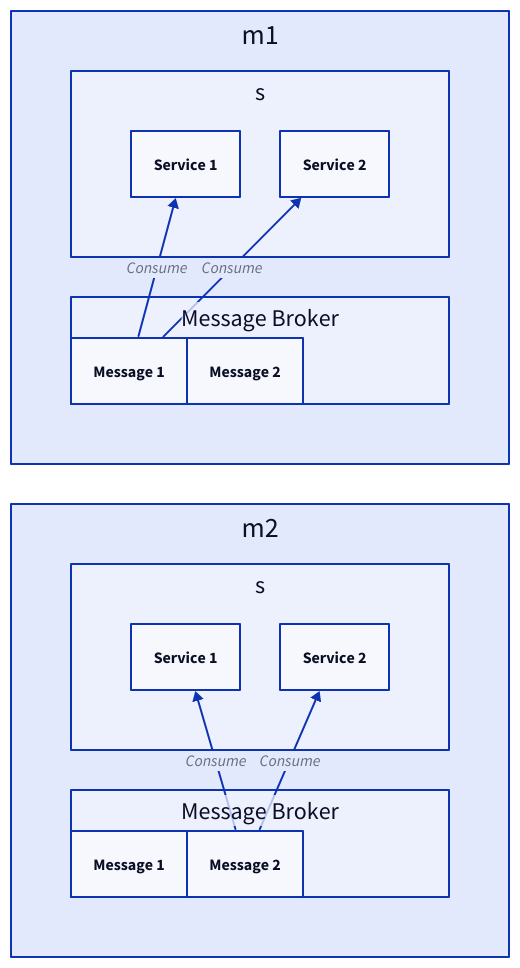
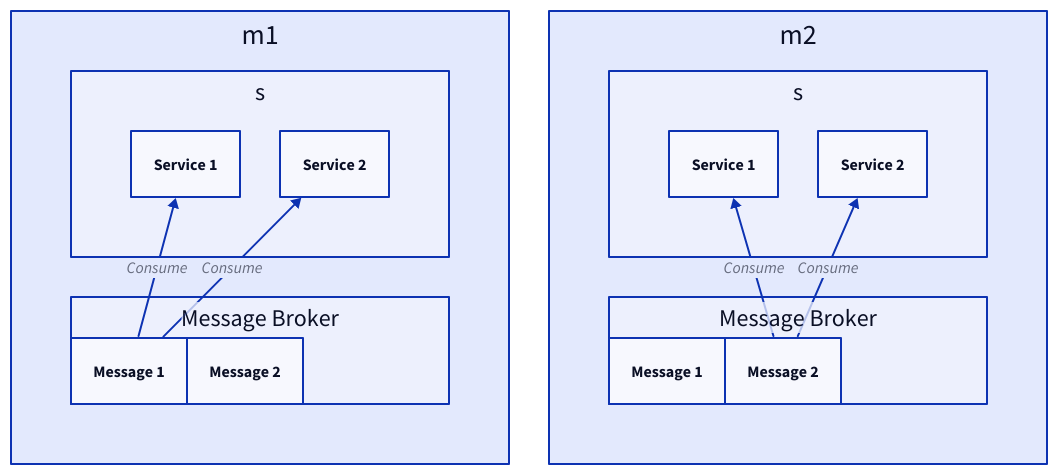
Before and after one commit to link1905/system-design-101: the fifth of 20 diagrams in content/data-persistence/event-streaming-platform/_index.md, drawn with D2. The commit also changed other lines of this file and 42 other files, not shown here.

````diff
--- a/content/data-persistence/event-streaming-platform/_index.md
+++ b/content/data-persistence/event-streaming-platform/_index.md
@@ -165,55 +165,55 @@
 ```d2
-grid-columns: 1
+grid-columns: 2
 m1: {
   class: none
   grid-rows: 2
   s: {
     class: none
     grid-rows: 1
     s1: Service 1 {
       class: server
     }
     s2: Service 2 {
       class: server
     }
   }
   m: Message Broker {
     grid-rows: 1
     grid-gap: 0
     m1: Message 1 {
       class: msg
     }
     m2: Message 2 {
       class: msg
     }
   }
   s.s1 <- m.m1: Consume
   s.s2 <- m.m1: Consume
 }
 m2 {
   class: none
   grid-rows: 2
   s: {
     class: none
     grid-rows: 1
     s1: Service 1 {
       class: server
     }
     s2: Service 2 {
       class: server
     }
   }
   m: Message Broker {
     grid-rows: 1
     grid-gap: 0
     m1: Message 1 {
       class: msg
     }
     m2: Message 2 {
       class: msg
     }
   }
   s.s1 <- m.m2: Consume
   s.s2 <- m.m2: Consume
 }
 ```
````
